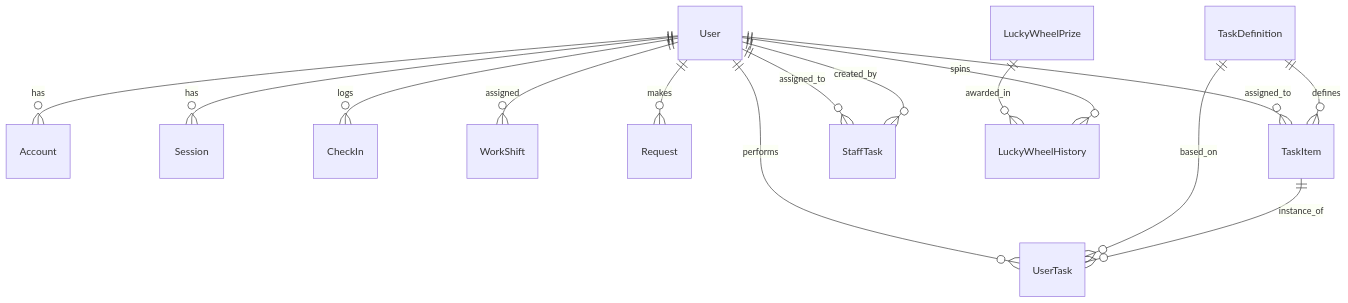
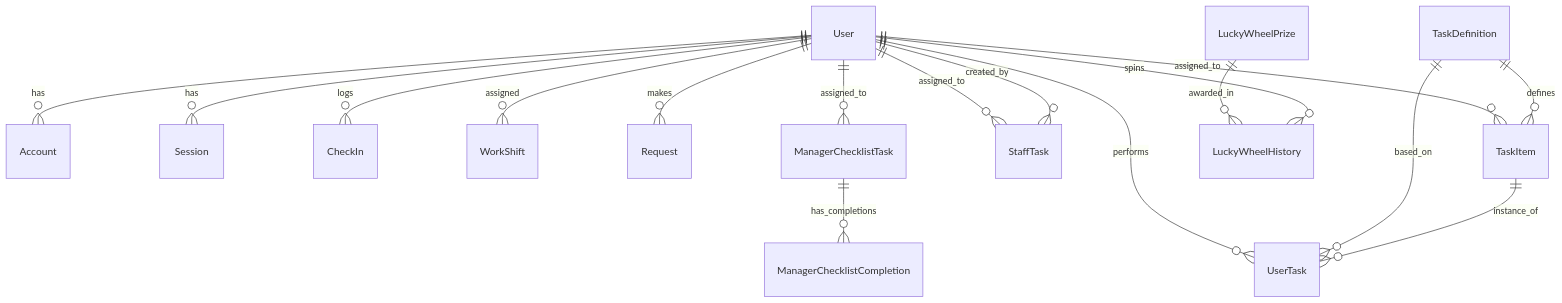
Before and after one commit to khanhduong22/checkin-app: the diagram in docs/030-Specs/Schema/DB-Schema.md, drawn with Mermaid. The commit also changed other lines of this file and 16 other files, not shown here.

Commit message:
feat: implement manager checklist and enforce checkout checklist completion blocking

````diff
--- a/docs/030-Specs/Schema/DB-Schema.md
+++ b/docs/030-Specs/Schema/DB-Schema.md
@@ -49,20 +49,22 @@
 ```mermaid
 erDiagram
     User ||--o{ Account : has
     User ||--o{ Session : has
     User ||--o{ CheckIn : logs
     User ||--o{ WorkShift : assigned
     User ||--o{ Request : makes
     User ||--o{ UserTask : performs
     User ||--o{ TaskItem : assigned_to
     User ||--o{ StaffTask : assigned_to
     User ||--o{ StaffTask : created_by
+    User ||--o{ ManagerChecklistTask : assigned_to
 
     TaskDefinition ||--o{ TaskItem : defines
     TaskDefinition ||--o{ UserTask : based_on
 
     TaskItem ||--o{ UserTask : instance_of
 
     LuckyWheelPrize ||--o{ LuckyWheelHistory : awarded_in
     User ||--o{ LuckyWheelHistory : spins
+    ManagerChecklistTask ||--o{ ManagerChecklistCompletion : has_completions
 ```
````
